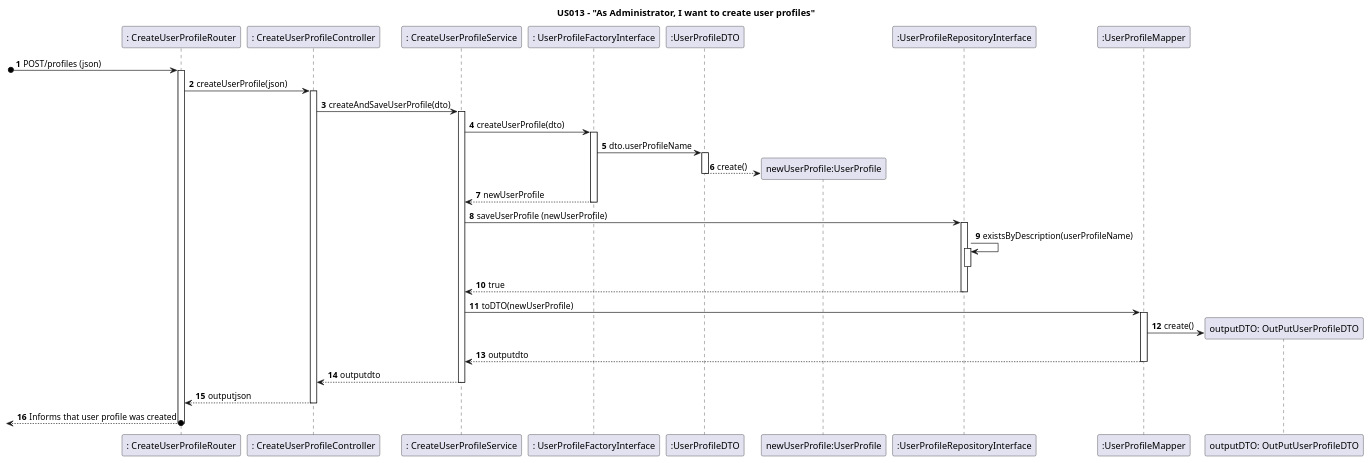
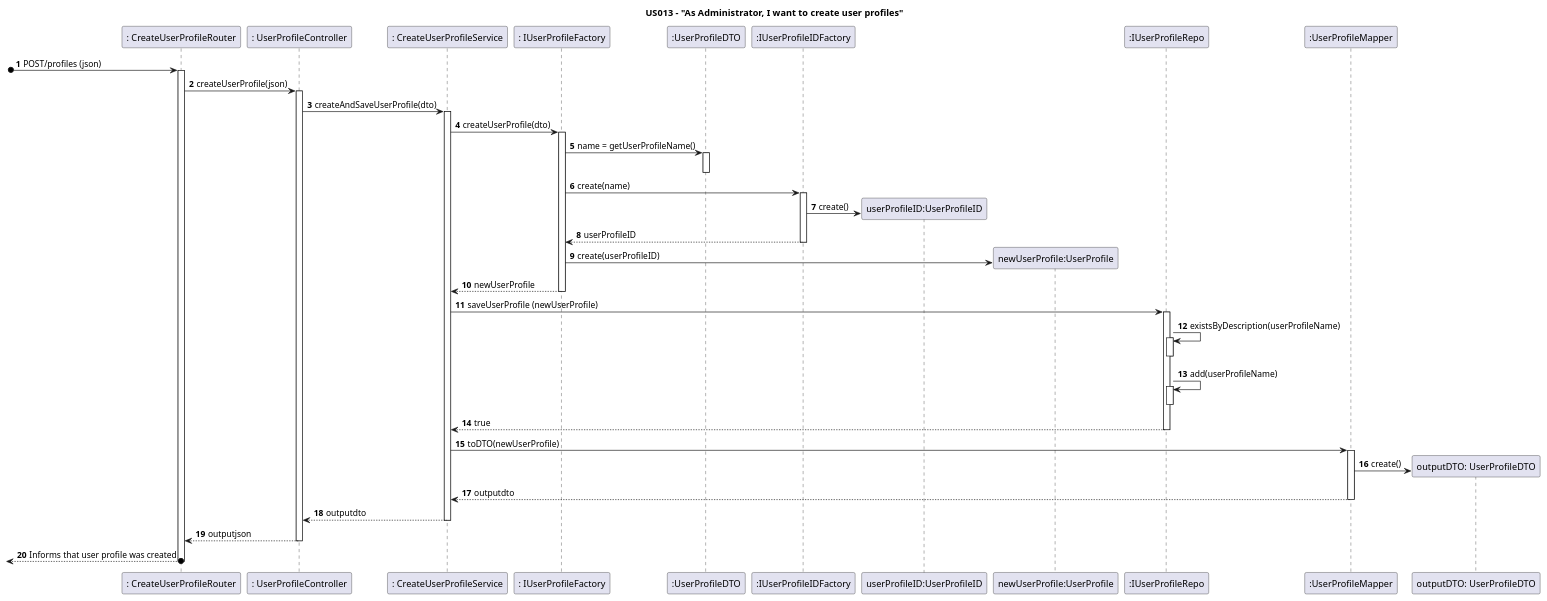
The diagram in docs/Sprint1/US013/US13-SD-DDD.puml (nunogon1211787/projectManagement), drawn with PlantUML before and after one commit. The commit also changed 31 other files, not shown here.

```diff
--- a/docs/Sprint1/US013/US13-SD-DDD.puml
+++ b/docs/Sprint1/US013/US13-SD-DDD.puml
@@ -1,44 +1,49 @@
 @startuml
 'https://plantuml.com/sequence-diagram
 
 autoactivate on
 autonumber
 
 title US013 - "As Administrator, I want to create user profiles"
 participant ": CreateUserProfileRouter" as System
-participant ": CreateUserProfileController" as Ctrl
+participant ": UserProfileController" as Ctrl
 participant ": CreateUserProfileService" as C1
-participant ": UserProfileFactoryInterface" as C3
+participant ": IUserProfileFactory" as C3
 participant ":UserProfileDTO" as C2
-participant "newUserProfile:UserProfile" as C4
-participant ":UserProfileRepositoryInterface" as C5
+participant ":IUserProfileIDFactory" as iFactory
+participant "userProfileID:UserProfileID" as C4
+participant "newUserProfile:UserProfile" as newUserProfile
+participant ":IUserProfileRepo" as C5
 participant ":UserProfileMapper" as C6
-participant "outputDTO: OutPutUserProfileDTO" as C2.1
+participant "outputDTO: UserProfileDTO" as C2.1
 
 
 [o-> System: POST/profiles (json)
 System -> Ctrl: createUserProfile(json)
 Ctrl -> C1: createAndSaveUserProfile(dto)
 C1 -> C3: createUserProfile(dto)
-C3 -> C2 : dto.userProfileName
-C2 --> C4 **: create()
+C3 -> C2 : name = getUserProfileName()
 deactivate
+C3 -> iFactory: create(name)
+iFactory -> C4 **: create()
+iFactory --> C3: userProfileID
+C3 -> newUserProfile **: create(userProfileID)
 return newUserProfile
 C1 -> C5 : saveUserProfile (newUserProfile)
 C5 -> C5 : existsByDescription(userProfileName)
-
+deactivate
+C5 -> C5 : add(userProfileName)
 deactivate
 return true
 C1 -> C6: toDTO(newUserProfile)
 C6 -> C2.1 **: create()
-
 return outputdto
 return outputdto
 return outputjson
 return Informs that user profile was created
 
 
 
 
 
 @enduml
```
